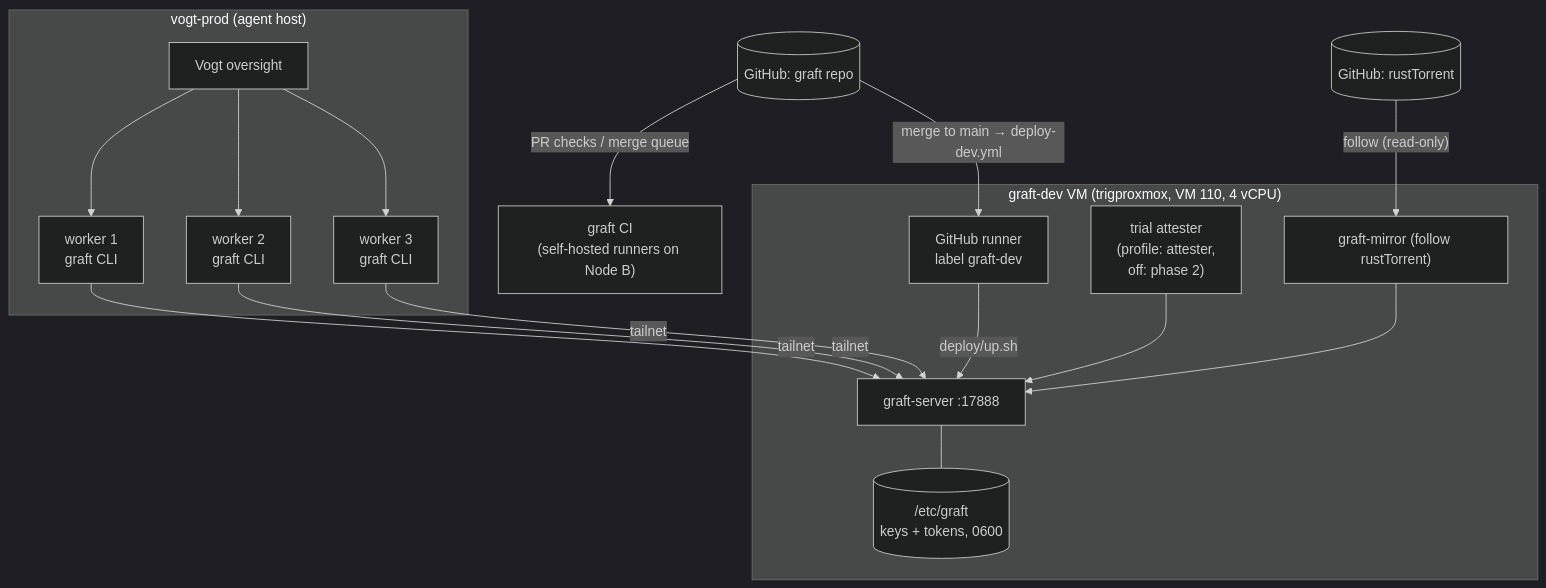
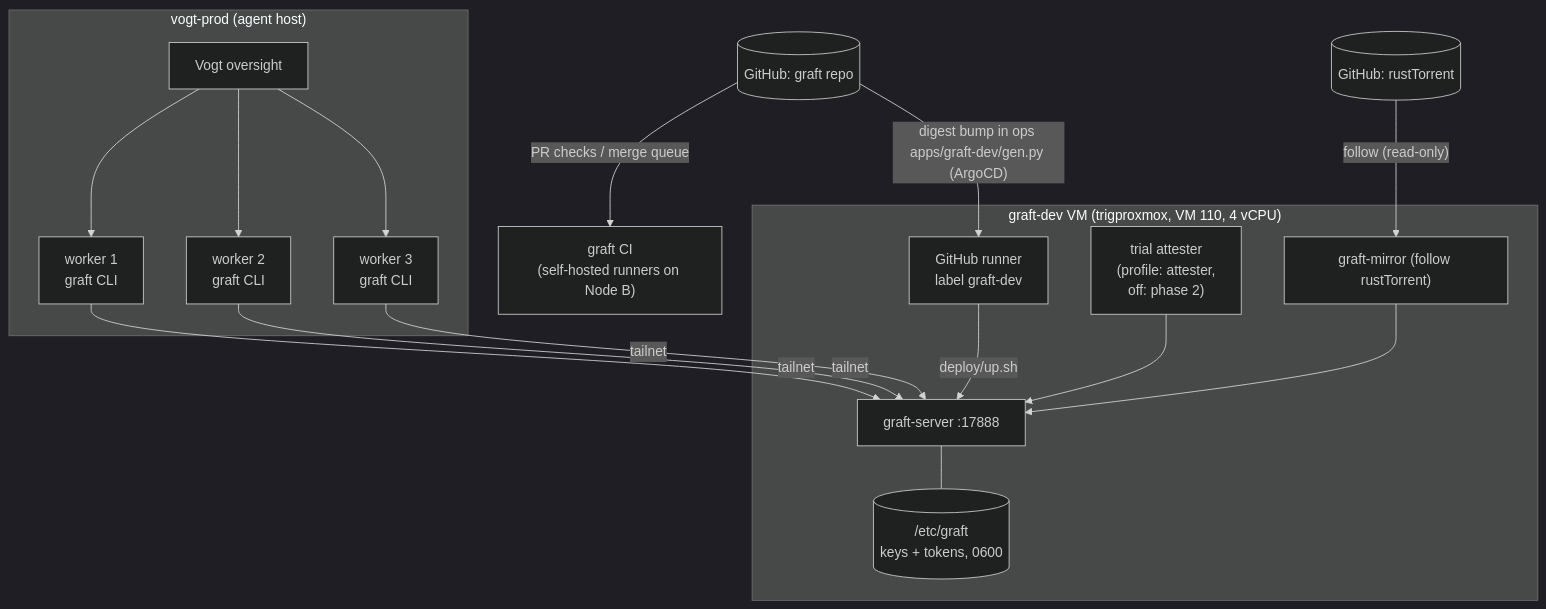
One commit to TheDancingDeveloper-org/graft changed the fifth of 9 diagrams in docs/architecture.md. Above: the diagram before and after it, drawn with Mermaid (dark theme). The commit also changed 6 other files, not shown here.

First line of the commit message:
ci: remove retired deploy-dev.yml (fails runner-policy) and its references (WI-2853)

````diff
--- a/docs/architecture.md
+++ b/docs/architecture.md
@@ -233,31 +233,31 @@
 ```mermaid
 flowchart TB
   subgraph Prod["vogt-prod (agent host)"]
     vogt["Vogt oversight"]
     w1["worker 1<br/>graft CLI"]
     w2["worker 2<br/>graft CLI"]
     w3["worker 3<br/>graft CLI"]
     vogt --> w1 & w2 & w3
   end
 
   subgraph VM["graft-dev VM (trigproxmox, VM 110, 4 vCPU)"]
     srv["graft-server :17888"]
     mir["graft-mirror (follow rustTorrent)"]
     att["trial attester<br/>(profile: attester,<br/>off: phase 2)"]
     runner["GitHub runner<br/>label graft-dev"]
     etc[("/etc/graft<br/>keys + tokens, 0600")]
     mir --> srv
     att --> srv
     srv --- etc
   end
 
   ghsrc[("GitHub: graft repo")]
   ghrt[("GitHub: rustTorrent")]
   ghci["graft CI<br/>(self-hosted runners on Node B)"]
 
   w1 & w2 & w3 -- "tailnet" --> srv
   ghrt -- "follow (read-only)" --> mir
   ghsrc -- "PR checks / merge queue" --> ghci
-  ghsrc -- "merge to main → deploy-dev.yml" --> runner
+  ghsrc -- "digest bump in ops apps/graft-dev/gen.py (ArgoCD)" --> runner
   runner -- "deploy/up.sh" --> srv
 ```
````
